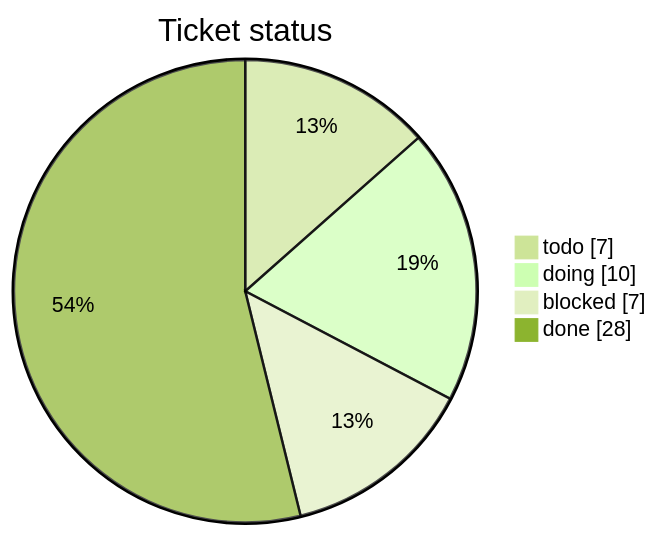
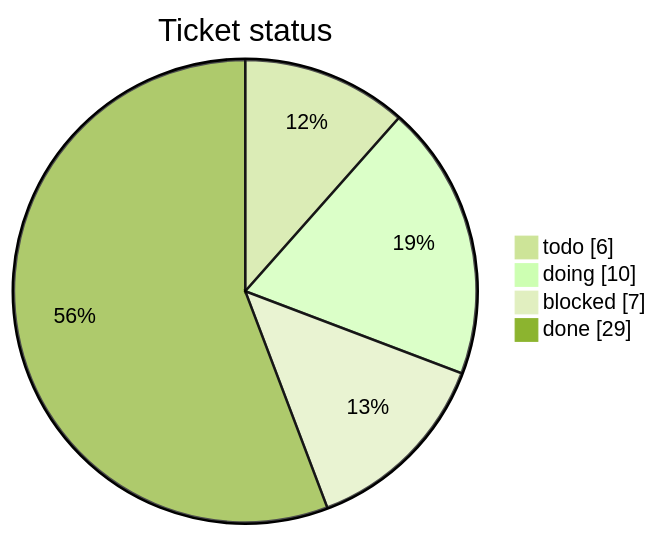
The first of 3 diagrams in tickets/TICKETS.md (mohamed-soubhi/bootlab-esp), drawn with Mermaid (forest theme) before and after one commit. The commit also changed other lines of this file and 13 other files, not shown here.

````diff
--- a/tickets/TICKETS.md
+++ b/tickets/TICKETS.md
@@ -14,7 +14,7 @@
 ```mermaid
 pie showData title Ticket status
-    "todo" : 7
+    "todo" : 6
     "doing" : 10
     "blocked" : 7
-    "done" : 28
+    "done" : 29
 ```
````
